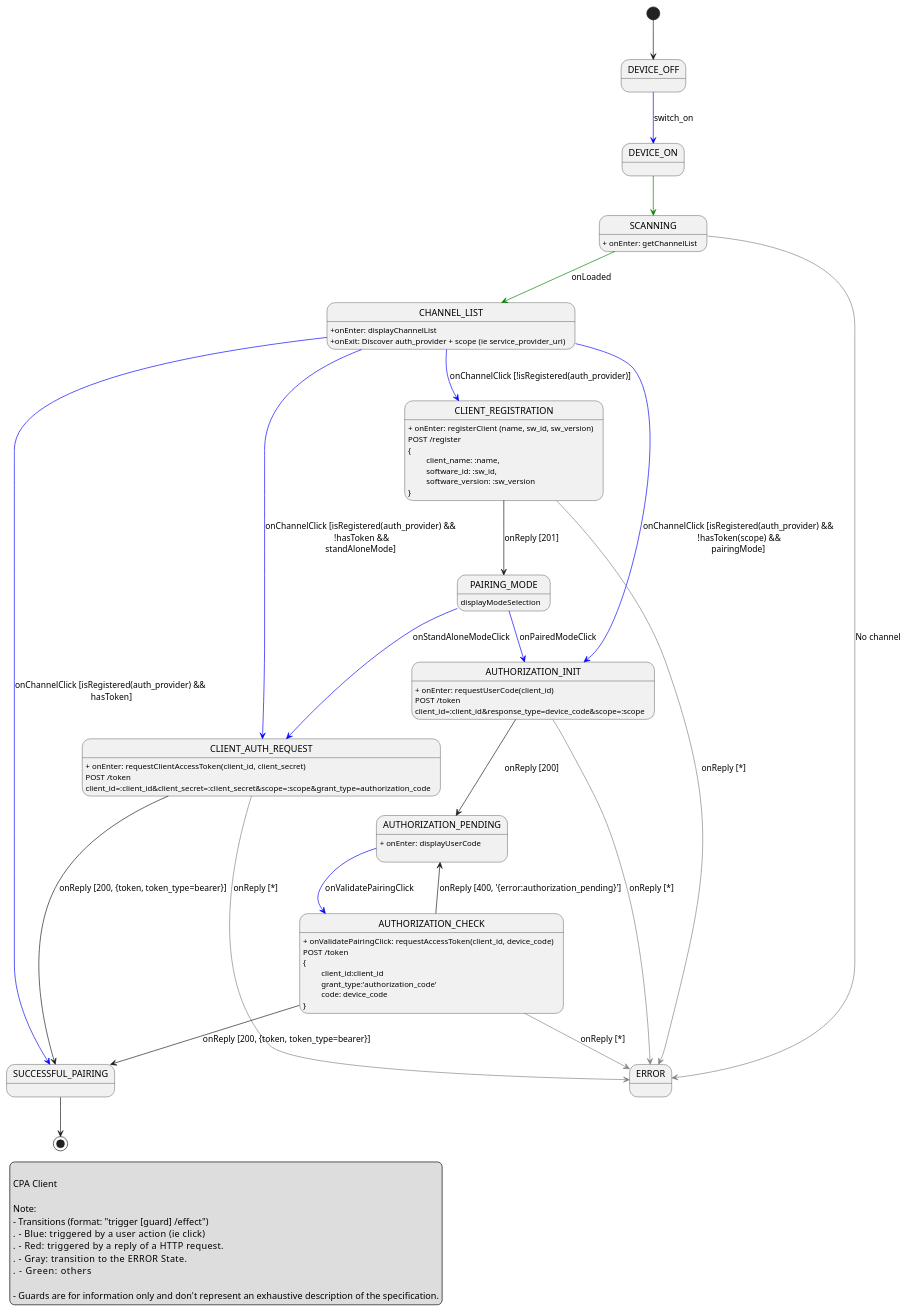
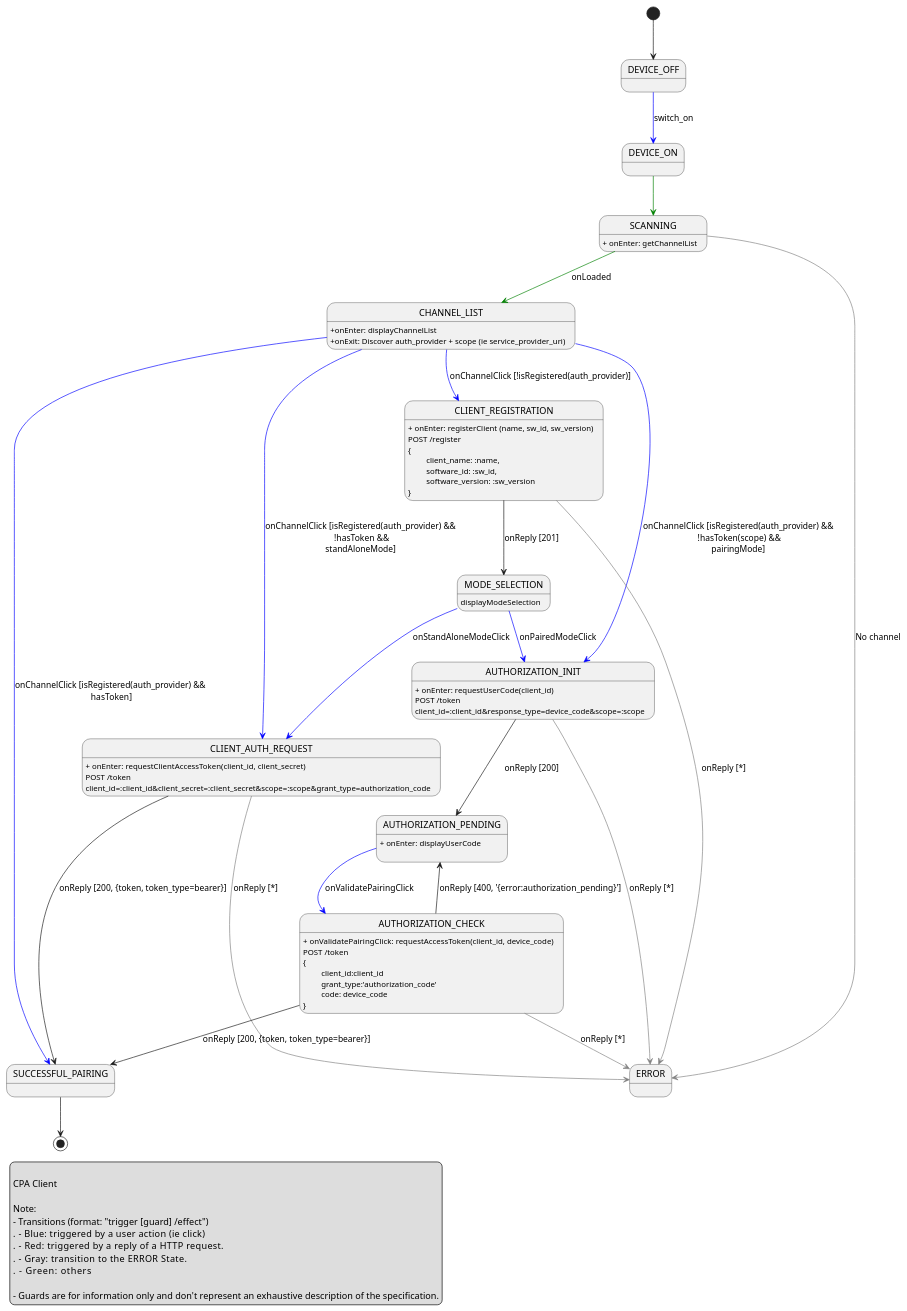
Before and after one commit to ebu/cpa-client: the diagram in docs/app-fsm.puml, drawn with PlantUML.

Commit message:
Rename PAIRING MODE

```diff
--- a/docs/app-fsm.puml
+++ b/docs/app-fsm.puml
@@ -1,115 +1,115 @@
 @startuml
 
 
 [*] --> DEVICE_OFF
 
 'State declaration
 state DEVICE_OFF
 state SCANNING
 state CHANNEL_LIST
 state CLIENT_REGISTRATION
 state CLIENT_AUTH_REQUEST
-state PAIRING_MODE
+state MODE_SELECTION
 state AUTHORIZATION_INIT
 state AUTHORIZATION_PENDING
 state SUCCESSFUL_PAIRING
 state ERROR
 
 
 'State definition
 
 SCANNING: + onEnter: getChannelList
 
 CHANNEL_LIST: +onEnter: displayChannelList
 CHANNEL_LIST: +onExit: Discover auth_provider + scope (ie service_provider_uri)
 
 
 CLIENT_REGISTRATION: + onEnter: registerClient (name, sw_id, sw_version)
 CLIENT_REGISTRATION:  POST /register
 CLIENT_REGISTRATION:  {
 CLIENT_REGISTRATION:  \t client_name: :name,
 CLIENT_REGISTRATION:  \t software_id: :sw_id,
 CLIENT_REGISTRATION:  \t software_version: :sw_version
 CLIENT_REGISTRATION:  }
 
 
 
-PAIRING_MODE: displayModeSelection
+MODE_SELECTION: displayModeSelection
 
 CLIENT_AUTH_REQUEST: + onEnter: requestClientAccessToken(client_id, client_secret)
 CLIENT_AUTH_REQUEST: POST /token
 CLIENT_AUTH_REQUEST: client_id=:client_id&client_secret=:client_secret&scope=:scope&grant_type=authorization_code
 
 AUTHORIZATION_INIT: + onEnter: requestUserCode(client_id)
 AUTHORIZATION_INIT: POST /token
 AUTHORIZATION_INIT: client_id=:client_id&response_type=device_code&scope=:scope
 
 AUTHORIZATION_PENDING: + onEnter: displayUserCode
 AUTHORIZATION_PENDING:
 
 AUTHORIZATION_CHECK: + onValidatePairingClick: requestAccessToken(client_id, device_code)
 AUTHORIZATION_CHECK: POST /token
 AUTHORIZATION_CHECK: {
 AUTHORIZATION_CHECK: \t client_id:client_id
 AUTHORIZATION_CHECK: \t grant_type:'authorization_code'
 AUTHORIZATION_CHECK: \t code: device_code
 AUTHORIZATION_CHECK: }
 
 
 'Transitions
 
 DEVICE_OFF -[#blue]-> DEVICE_ON: switch_on
 DEVICE_ON -[#green]-> SCANNING
 
 SCANNING -[#green]-> CHANNEL_LIST: onLoaded
 SCANNING -[#gray]right-> ERROR: No channel
 
 CHANNEL_LIST -[#blue]-> CLIENT_REGISTRATION: onChannelClick [!isRegistered(auth_provider)]
 CHANNEL_LIST -[#blue]-> AUTHORIZATION_INIT: onChannelClick [isRegistered(auth_provider) &&\n !hasToken(scope) &&\npairingMode]
 CHANNEL_LIST -[#blue]-> CLIENT_AUTH_REQUEST: onChannelClick [isRegistered(auth_provider) &&\n !hasToken &&\nstandAloneMode]
 CHANNEL_LIST -[#blue]-> SUCCESSFUL_PAIRING: onChannelClick [isRegistered(auth_provider) &&\n hasToken]
 
 
-CLIENT_REGISTRATION --> PAIRING_MODE: onReply [201]
+CLIENT_REGISTRATION --> MODE_SELECTION: onReply [201]
 CLIENT_REGISTRATION -[#gray]-> ERROR: onReply [*]
 
-PAIRING_MODE -[#blue]-> AUTHORIZATION_INIT: onPairedModeClick
-PAIRING_MODE -[#blue]-> CLIENT_AUTH_REQUEST: onStandAloneModeClick
+MODE_SELECTION -[#blue]-> AUTHORIZATION_INIT: onPairedModeClick
+MODE_SELECTION -[#blue]-> CLIENT_AUTH_REQUEST: onStandAloneModeClick
 
 CLIENT_AUTH_REQUEST --> SUCCESSFUL_PAIRING: onReply [200, {token, token_type=bearer}]
 CLIENT_AUTH_REQUEST -[#gray]-> ERROR: onReply [*]
 
 AUTHORIZATION_INIT --> AUTHORIZATION_PENDING: onReply [200]
 AUTHORIZATION_INIT -[#gray]-> ERROR: onReply [*]
 
 
 AUTHORIZATION_PENDING -[#blue]-> AUTHORIZATION_CHECK: onValidatePairingClick
 
 AUTHORIZATION_CHECK --> SUCCESSFUL_PAIRING: onReply [200, {token, token_type=bearer}]
 AUTHORIZATION_CHECK --> AUTHORIZATION_PENDING: onReply [400, '{error:authorization_pending}']
 AUTHORIZATION_CHECK -[#gray]-> ERROR: onReply [*]
 
 SUCCESSFUL_PAIRING --> [*]
 
 
 'Legend
 
 legend left
 
 CPA Client
 
 Note:
 - Transitions (format: "trigger [guard] /effect")
 .     - Blue:  triggered by a user action (ie click)
 .     - Red:   triggered by a reply of a HTTP request.
 .     - Gray:  transition to the ERROR State.
 .     - Green: others
 
 - Guards are for information only and don't represent an exhaustive description of the specification.
 endlegend
 
 
 
 ' note right of STATE: "transition: trigger[guard]/effect"
 
 @enduml
```
